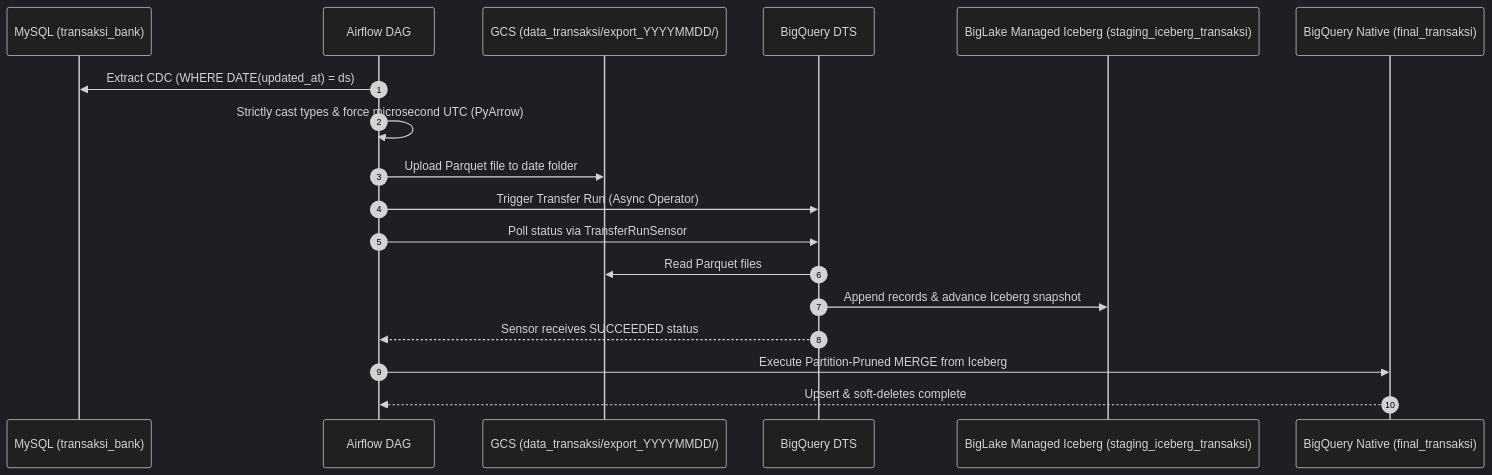
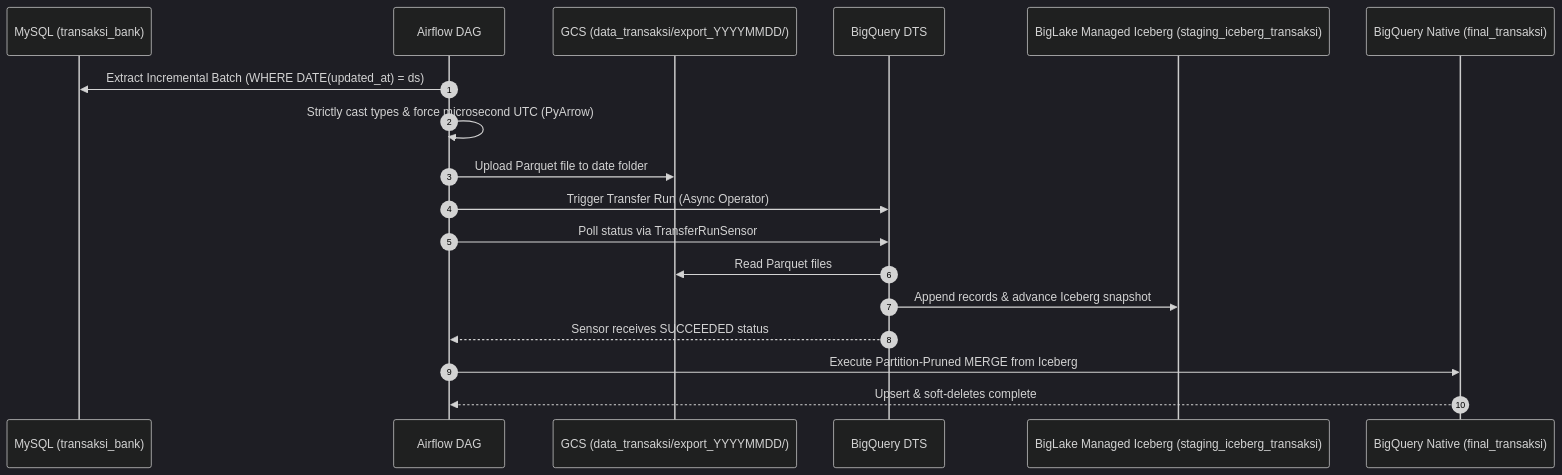
Before and after one commit to mchoirulgx/BigQuery-BigLake: the diagram in docs/04_incremental_loading/09_reference_pipeline_date_prefix_sensor.md, drawn with Mermaid (dark theme). The commit also changed other lines of this file and 14 other files, not shown here.

````diff
--- a/docs/04_incremental_loading/09_reference_pipeline_date_prefix_sensor.md
+++ b/docs/04_incremental_loading/09_reference_pipeline_date_prefix_sensor.md
@@ -25,21 +25,21 @@
 ```mermaid
 sequenceDiagram
     autonumber
     participant MySQL as MySQL (transaksi_bank)
     participant Airflow as Airflow DAG
     participant GCS as GCS (data_transaksi/export_YYYYMMDD/)
     participant DTS as BigQuery DTS
     participant Iceberg as BigLake Managed Iceberg (staging_iceberg_transaksi)
     participant NativeBQ as BigQuery Native (final_transaksi)
 
-    Airflow->>MySQL: Extract CDC (WHERE DATE(updated_at) = ds)
+    Airflow->>MySQL: Extract Incremental Batch (WHERE DATE(updated_at) = ds)
     Airflow->>Airflow: Strictly cast types & force microsecond UTC (PyArrow)
     Airflow->>GCS: Upload Parquet file to date folder
     Airflow->>DTS: Trigger Transfer Run (Async Operator)
     Airflow->>DTS: Poll status via TransferRunSensor
     DTS->>GCS: Read Parquet files
     DTS->>Iceberg: Append records & advance Iceberg snapshot
     DTS-->>Airflow: Sensor receives SUCCEEDED status
     Airflow->>NativeBQ: Execute Partition-Pruned MERGE from Iceberg
     NativeBQ-->>Airflow: Upsert & soft-deletes complete
 ```
````
